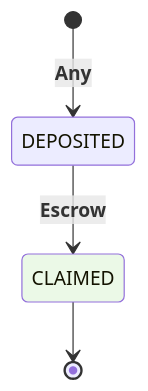
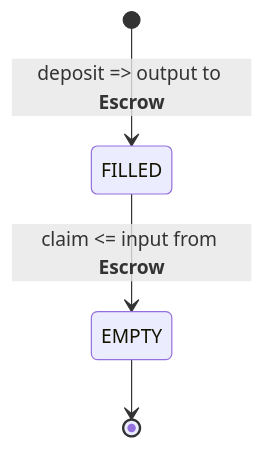
The third of 3 diagrams in readme.md (ilyar/chameleon-escrow), drawn with Mermaid before and after one commit. The commit also changed other lines of this file and 4 other files, not shown here.

Commit message:
chore: some refactor code and diagram

````diff
--- a/readme.md
+++ b/readme.md
@@ -102,13 +100,6 @@
 ```mermaid
 stateDiagram
-    classDef success fill:#EBF9E7
-    classDef info fill:#F0FBFF
-    classDef warning fill:#FFFCEA
-    classDef danger fill:#FFF0F0
-
-    class CLAIMED success
-
-    [*] --> DEPOSITED : **Any**
-    DEPOSITED --> CLAIMED : **Escrow**
-    CLAIMED --> [*]
+    [*] --> FILLED   : deposit => output to **Escrow**
+    FILLED --> EMPTY : claim <= input from **Escrow**
+    EMPTY --> [*]
 ```
````
